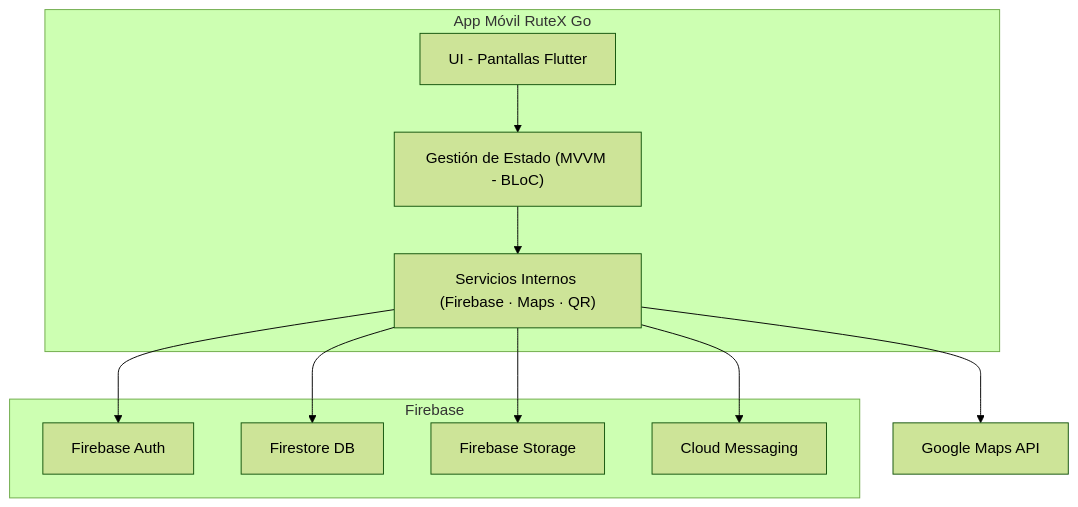
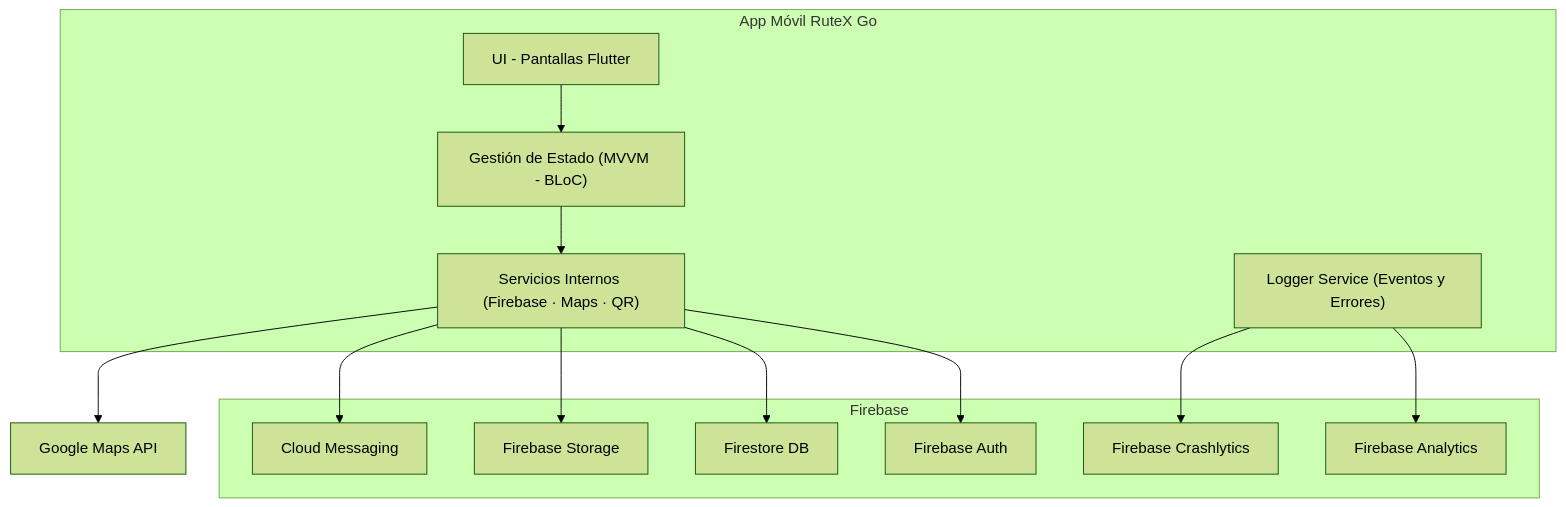
Before and after one commit to TurisTechTeam-Dev/RuteX-GO-App: the second of 4 diagrams in docs/technical_documentation.md, drawn with Mermaid (forest theme). The commit also changed other lines of this file, not shown here.

````diff
--- a/docs/technical_documentation.md
+++ b/docs/technical_documentation.md
@@ -75,26 +77,33 @@
 ```mermaid
 flowchart TB
 
     subgraph Mobile["App Móvil RuteX Go"]
         UI["UI - Pantallas Flutter"]
         State["Gestión de Estado (MVVM - BLoC)"]
         Services["Servicios Internos (Firebase · Maps · QR)"]
+        Logger["Logger Service (Eventos y Errores)"]
     end
 
     subgraph Backend["Firebase"]
         Auth["Firebase Auth"]
         Firestore["Firestore DB"]
         Storage["Firebase Storage"]
         Messaging["Cloud Messaging"]
+        Analytics["Firebase Analytics"]
+        Crashlytics["Firebase Crashlytics"]
     end
 
     Maps["Google Maps API"]
 
     UI --> State
     State --> Services
     Services --> Auth
     Services --> Firestore
     Services --> Storage
     Services --> Messaging
     Services --> Maps
+
+    %% Envío de eventos y errores
+    Logger --> Analytics
+    Logger --> Crashlytics
 ```
````
